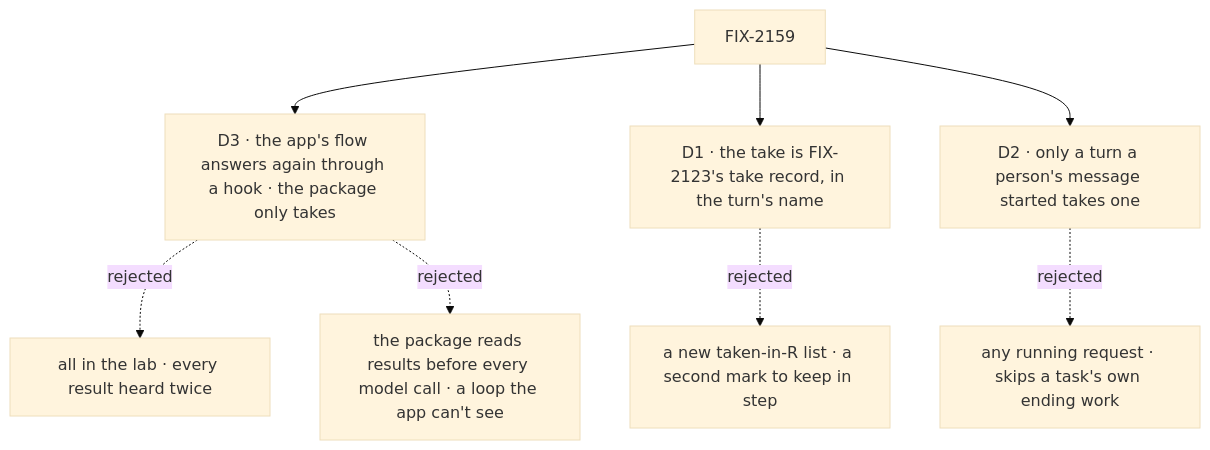
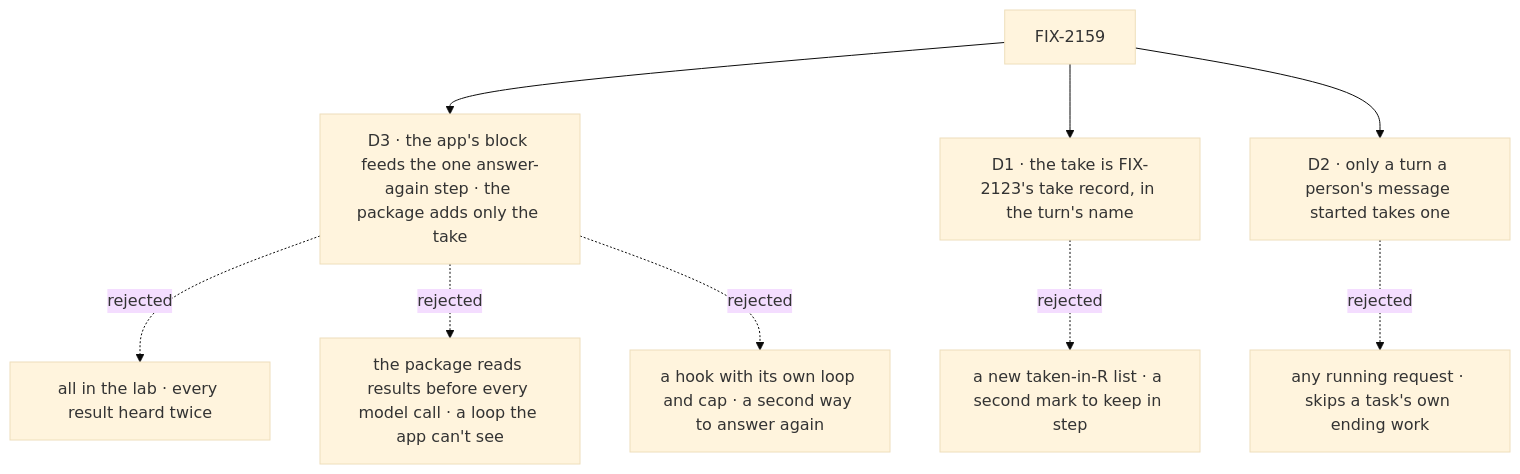
Before and after one commit to fixpoint-labs/flow-state-dev: the diagram in specs/issues/FIX-2159/DECISIONS.md, drawn with Mermaid (base theme). The commit also changed other lines of this file and 3 other files, not shown here.

First line of the commit message:
spec(FIX-2159): one answer-again step shared with planned; the app's block is a source, the take the only new behaviour

````diff
--- a/specs/issues/FIX-2159/DECISIONS.md
+++ b/specs/issues/FIX-2159/DECISIONS.md
@@ -11,10 +11,11 @@
 ```mermaid
 flowchart TD
-  I["FIX-2159"] --> D3["D3 · the app's flow answers again through a hook · the package only takes"]
+  I["FIX-2159"] --> D3["D3 · the app's block feeds the one answer-again step · the package adds only the take"]
   D3 -.->|"rejected"| X3a["all in the lab · every result heard twice"]
   D3 -.->|"rejected"| X3b["the package reads results before every model call · a loop the app can't see"]
+  D3 -.->|"rejected"| X3c["a hook with its own loop and cap · a second way to answer again"]
   I --> D1["D1 · the take is FIX-2123's take record, in the turn's name"]
   D1 -.->|"rejected"| X1["a new taken-in-R list · a second mark to keep in step"]
   I --> D2["D2 · only a turn a person's message started takes one"]
   D2 -.->|"rejected"| X2["any running request · skips a task's own ending work"]
 ```
````
